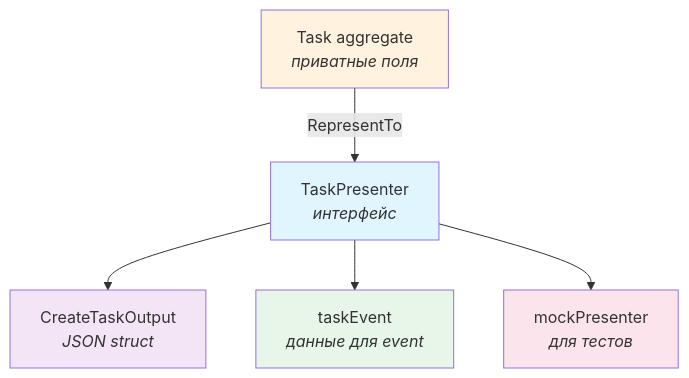
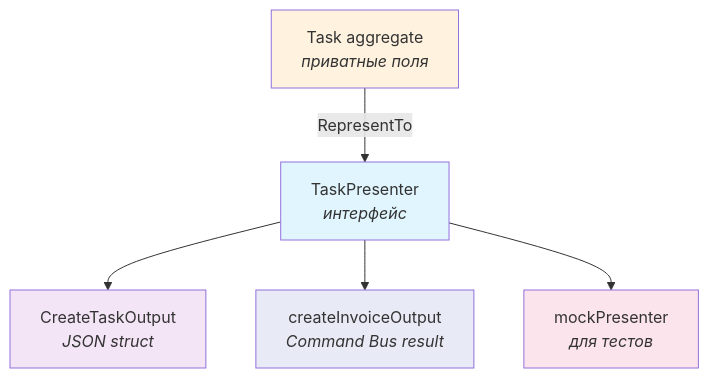
Before and after one commit to shuldan/skeleton: diagram 13 of 14 in README.md, drawn with Mermaid. The commit also changed other lines of this file, not shown here.

````diff
--- a/README.md
+++ b/README.md
@@ -1152,14 +1709,14 @@
 ```mermaid
 graph TB
     AGG["Task aggregate<br/><i>приватные поля</i>"] -->|RepresentTo| PI["TaskPresenter<br/><i>интерфейс</i>"]
 
     PI --> HTTP["CreateTaskOutput<br/><i>JSON struct</i>"]
-    PI --> EVT["taskEvent<br/><i>данные для event</i>"]
+    PI --> CMD["createInvoiceOutput<br/><i>Command Bus result</i>"]
     PI --> TEST["mockPresenter<br/><i>для тестов</i>"]
 
     style AGG fill:#fff3e0
     style PI fill:#e1f5fe
     style HTTP fill:#f3e5f5
-    style EVT fill:#e8f5e9
+    style CMD fill:#e8eaf6
     style TEST fill:#fce4ec
 ```
````
